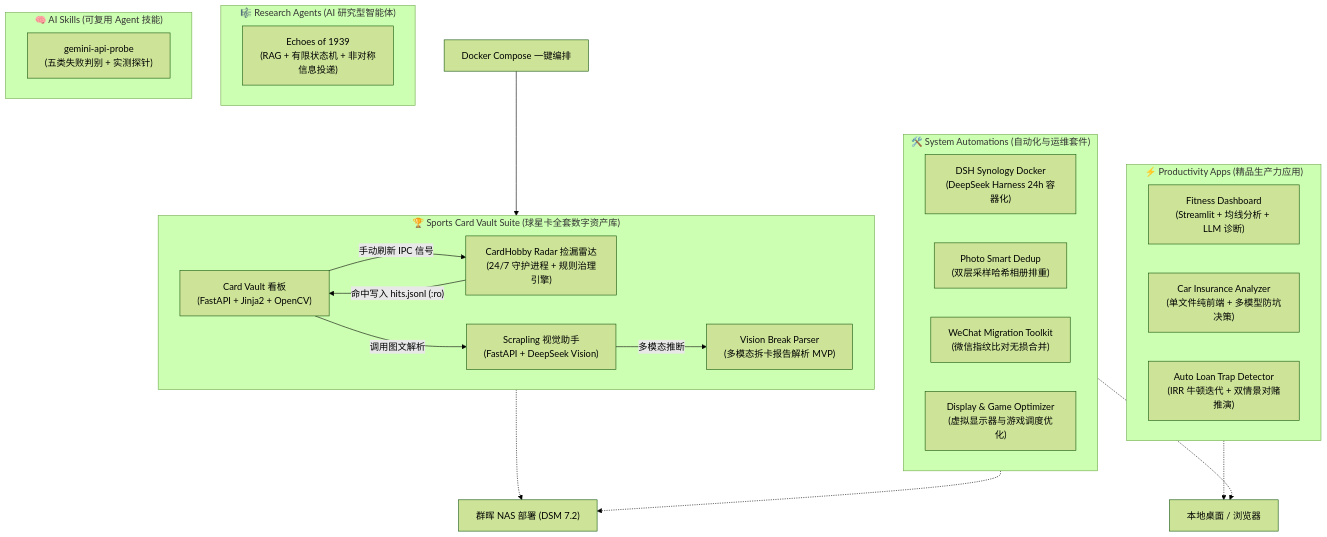
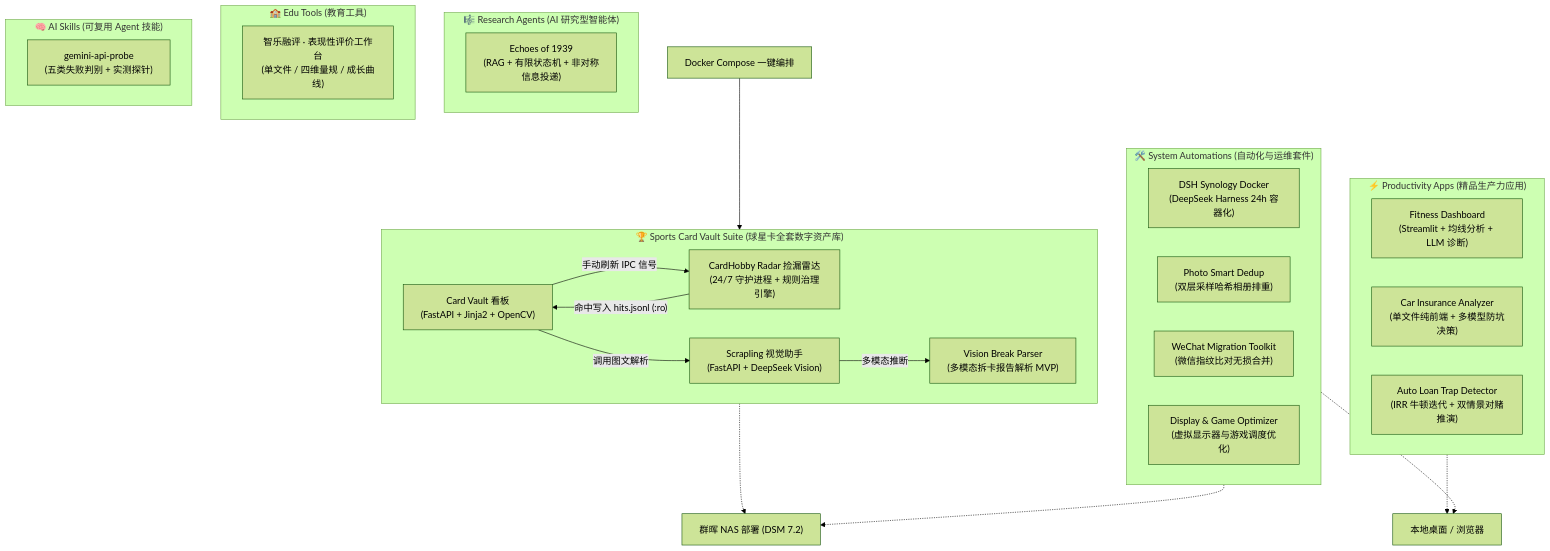
The diagram in README.md (GroguZhang/ai-workbench), drawn with Mermaid (forest theme) before and after one commit. The commit also changed other lines of this file and 2 other files, not shown here.

First line of the commit message:
feat: 新增 edu-tools 分类，收录智乐融评课堂表现性评价工作台

````diff
--- a/README.md
+++ b/README.md
@@ -26,40 +26,44 @@
 ```mermaid
 flowchart TD
     subgraph S1["🏆 Sports Card Vault Suite (球星卡全套数字资产库)"]
         CV["Card Vault 看板<br>(FastAPI + Jinja2 + OpenCV)"]
         CR["CardHobby Radar 捡漏雷达<br>(24/7 守护进程 + 规则治理引擎)"]
         SC["Scrapling 视觉助手<br>(FastAPI + DeepSeek Vision)"]
         VBP["Vision Break Parser<br>(多模态拆卡报告解析 MVP)"]
         
         CR -- "命中写入 hits.jsonl (:ro)" --> CV
         CV -- "手动刷新 IPC 信号" --> CR
         CV -- "调用图文解析" --> SC
         SC -- "多模态推断" --> VBP
     end
 
     subgraph S2["⚡ Productivity Apps (精品生产力应用)"]
         FD["Fitness Dashboard<br>(Streamlit + 均线分析 + LLM 诊断)"]
         CIA["Car Insurance Analyzer<br>(单文件纯前端 + 多模型防坑决策)"]
         ALT["Auto Loan Trap Detector<br>(IRR 牛顿迭代 + 双情景对赌推演)"]
     end
 
     subgraph S4["🎼 Research Agents (AI 研究型智能体)"]
         E1939["Echoes of 1939<br>(RAG + 有限状态机 + 非对称信息投递)"]
     end
 
+    subgraph S6["🏫 Edu Tools (教育工具)"]
+        ZL["智乐融评 · 表现性评价工作台<br>(单文件 / 四维量规 / 成长曲线)"]
+    end
+
     subgraph S5["🧠 AI Skills (可复用 Agent 技能)"]
         GAP["gemini-api-probe<br>(五类失败判别 + 实测探针)"]
     end
 
     subgraph S3["🛠️ System Automations (自动化与运维套件)"]
         DSH["DSH Synology Docker<br>(DeepSeek Harness 24h 容器化)"]
         PSD["Photo Smart Dedup<br>(双层采样哈希相册排重)"]
         WMT["WeChat Migration Toolkit<br>(微信指纹比对无损合并)"]
         DGO["Display & Game Optimizer<br>(虚拟显示器与游戏调度优化)"]
     end
 
     Docker["Docker Compose 一键编排"] --> S1
     S1 -.-> NAS["群晖 NAS 部署 (DSM 7.2)"]
     S2 -.-> Local["本地桌面 / 浏览器"]
     S3 -.-> NAS & Local
 ```
````
